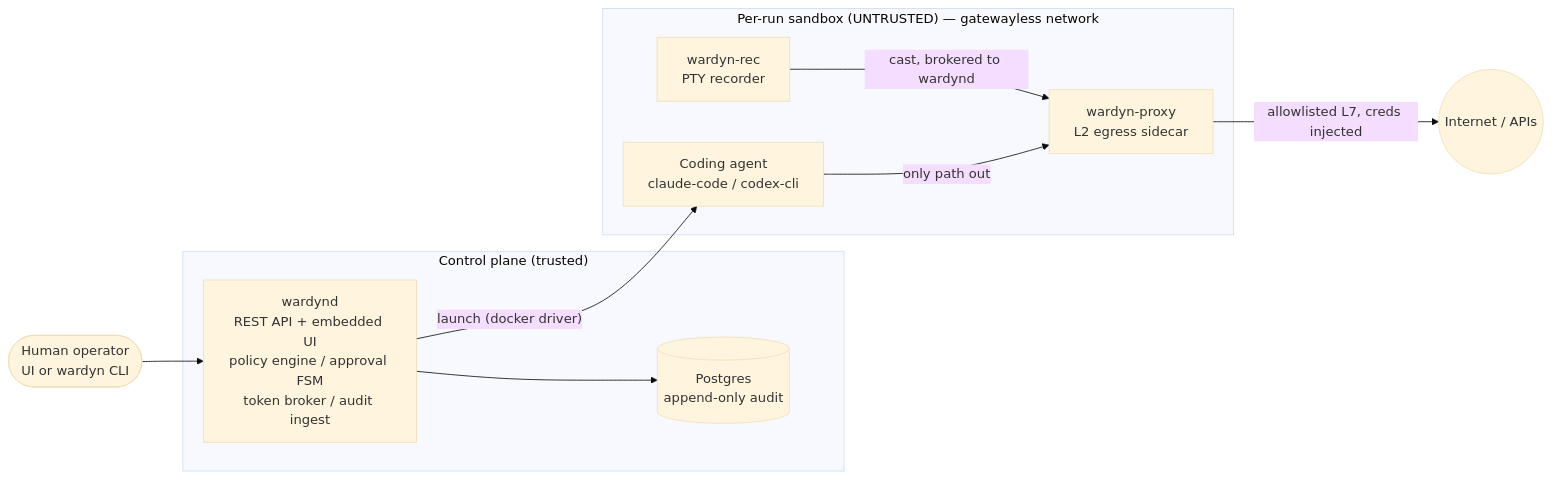
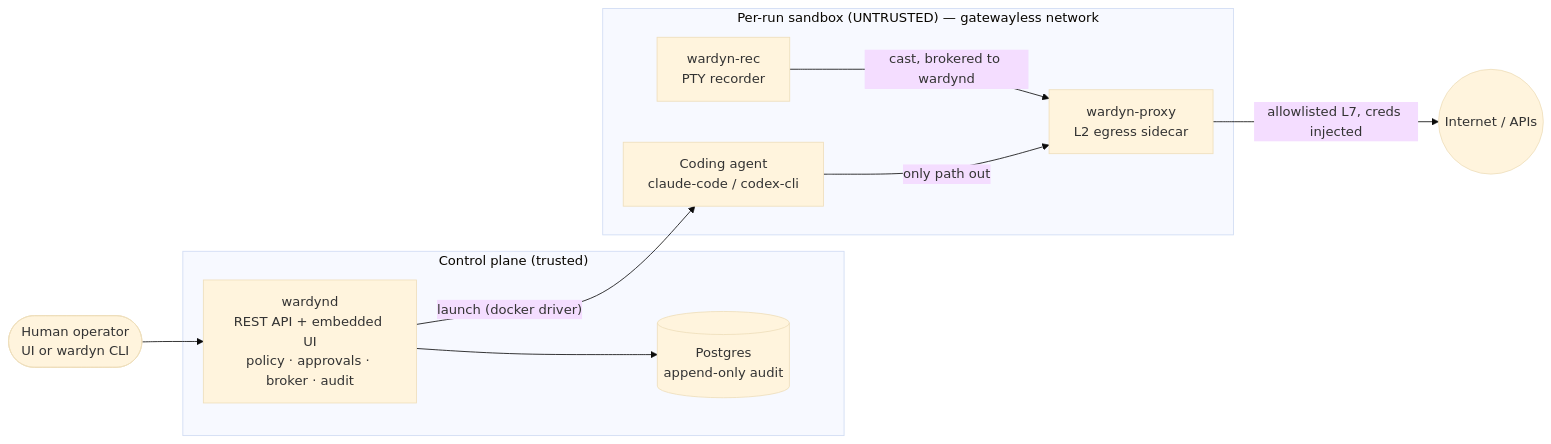
One commit to cjohnstoniv/wardyn changed the diagram in README.md. Above: the diagram before and after it, drawn with Mermaid (base theme). The commit also changed other lines of this file and 8 other files, not shown here.

````diff
--- a/README.md
+++ b/README.md
@@ -192,20 +86,19 @@
 ```mermaid
 flowchart LR
   entry(["Human operator<br/>UI or wardyn CLI"])
   subgraph control["Control plane (trusted)"]
-    wardynd["wardynd<br/>REST API + embedded UI<br/>policy engine / approval FSM<br/>token broker / audit ingest"]
+    wardynd["wardynd<br/>REST API + embedded UI<br/>policy · approvals · broker · audit"]
     pg[("Postgres<br/>append-only audit")]
     wardynd --> pg
   end
   subgraph sandbox["Per-run sandbox (UNTRUSTED) — gatewayless network"]
-    %% rec is declared first on purpose: with agent first, dagre ranks rec
-    %% between wardynd and agent and routes the launch edge through its box.
+    %% rec declared first: else dagre routes the launch edge through it
     rec["wardyn-rec<br/>PTY recorder"]
     agent["Coding agent<br/>claude-code / codex-cli"]
     rec -->|"cast, brokered to wardynd"| proxy["wardyn-proxy<br/>L2 egress sidecar"]
     agent -->|"only path out"| proxy
   end
   entry --> wardynd
   wardynd -->|"launch (docker driver)"| agent
   proxy -->|"allowlisted L7, creds injected"| net(("Internet / APIs"))
 ```
````
